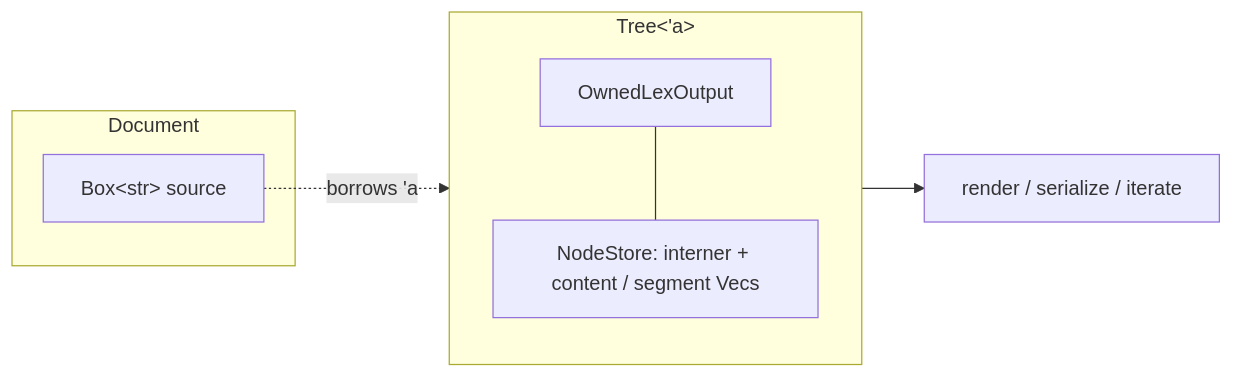
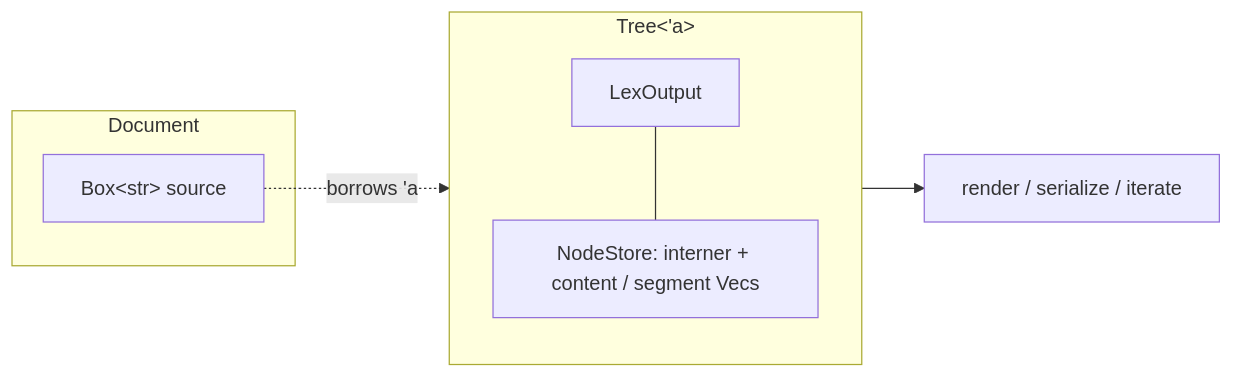
Before and after one commit to P4suta/aozora: the diagram in crates/aozora-book/src/arch/arena.md, drawn with Mermaid. The commit also changed other lines of this file and 109 other files, not shown here.

````diff
--- a/crates/aozora-book/src/arch/arena.md
+++ b/crates/aozora-book/src/arch/arena.md
@@ -17,15 +17,15 @@
 ```mermaid
 flowchart LR
     subgraph Document
         src["Box&lt;str&gt; source"]
     end
     subgraph Tree["Tree&lt;'a&gt;"]
-        out["OwnedLexOutput"]
+        out["LexOutput"]
         store["NodeStore: interner + content / segment Vecs"]
         out --- store
     end
     walk["render / serialize / iterate"]
 
     src -.borrows 'a.-> Tree
     Tree --> walk
 ```
````
